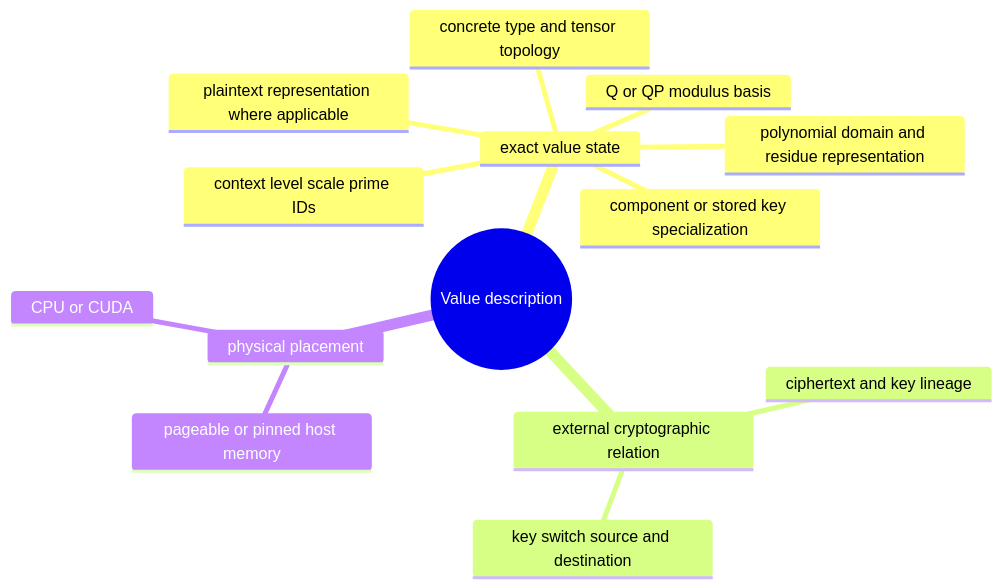
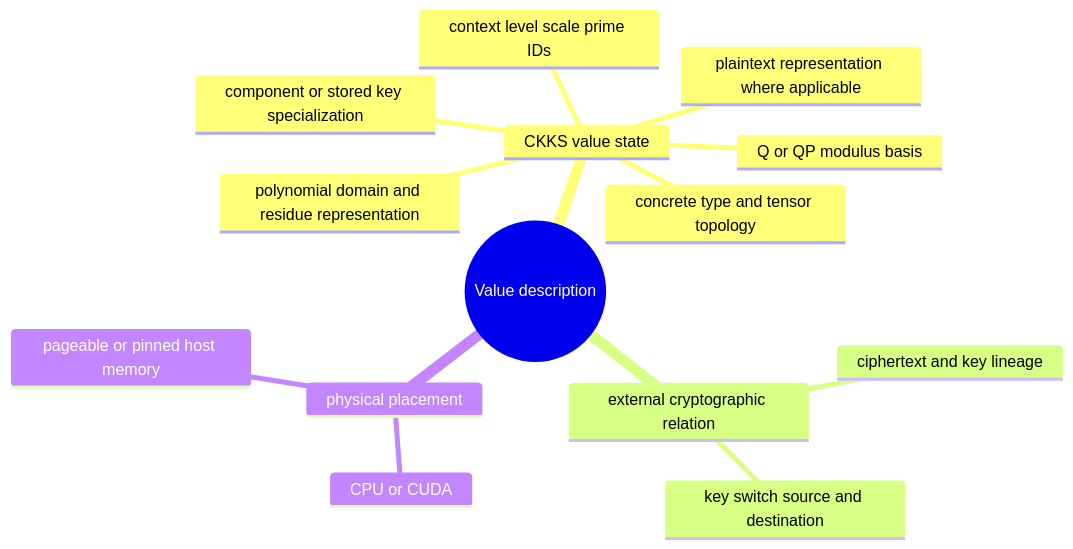
Before and after one commit to visualDust/fhelium: the second of 3 diagrams in docs/concepts/ckks/value-model-and-identity.md, drawn with Mermaid. The commit also changed other lines of this file and 222 other files, not shown here.

````diff
--- a/docs/concepts/ckks/value-model-and-identity.md
+++ b/docs/concepts/ckks/value-model-and-identity.md
@@ -57,17 +57,17 @@
 ```mermaid
 mindmap
   root((Value description))
-    exact value state
+    CKKS value state
       concrete type and tensor topology
       context level scale prime IDs
       plaintext representation where applicable
       polynomial domain and residue representation
       Q or QP modulus basis
       component or stored key specialization
     external cryptographic relation
       ciphertext and key lineage
       key switch source and destination
     physical placement
       CPU or CUDA
       pageable or pinned host memory
 ```
````
